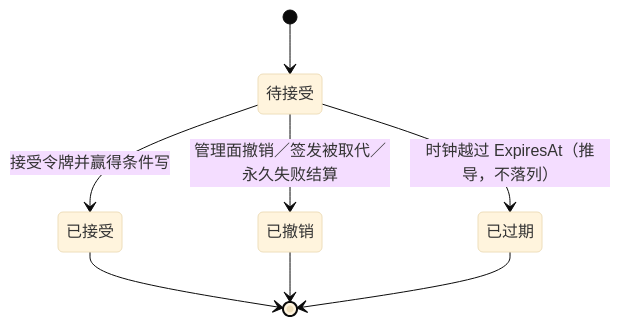
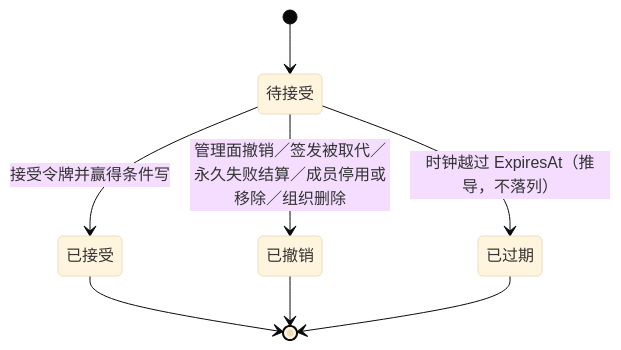
The first of 2 diagrams in docs/design/modules/authn/design-authn-invite.md (wangzw/speed), drawn with Mermaid (base theme) before and after one commit. The commit also changed other lines of this file and 111 other files, not shown here.

First line of the commit message:
feat(authn)!: require a proven invitation email and harden the invite flow

````diff
--- a/docs/design/modules/authn/design-authn-invite.md
+++ b/docs/design/modules/authn/design-authn-invite.md
@@ -265,10 +310,10 @@
 ```mermaid
 stateDiagram-v2
     [*] --> 待接受
     待接受 --> 已接受 : 接受令牌并赢得条件写
-    待接受 --> 已撤销 : 管理面撤销／签发被取代／永久失败结算
+    待接受 --> 已撤销 : 管理面撤销／签发被取代／永久失败结算／成员停用或移除／组织删除
     待接受 --> 已过期 : 时钟越过 ExpiresAt（推导，不落列）
     已接受 --> [*]
     已撤销 --> [*]
     已过期 --> [*]
 ```
````
